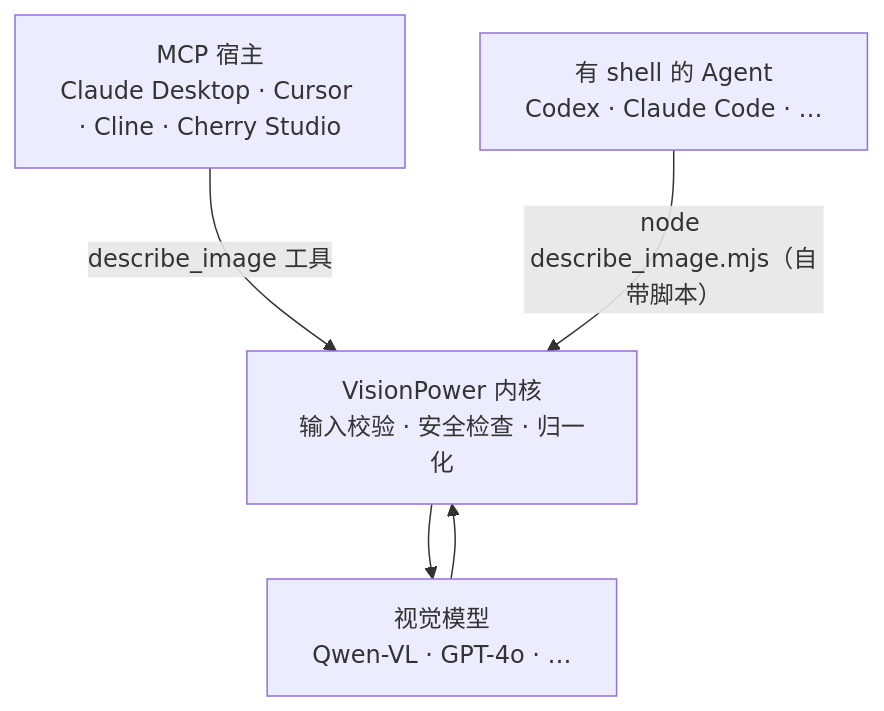
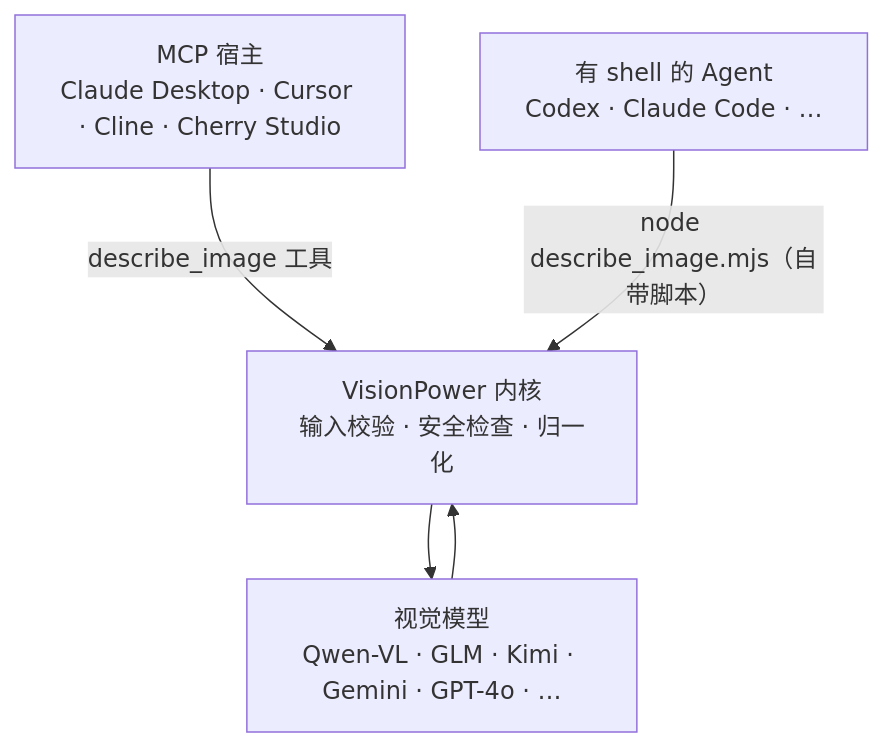
The diagram in README.md (RunhuaHuang/VisionPower), drawn with Mermaid before and after one commit. The commit also changed other lines of this file and 8 other files, not shown here.

````diff
--- a/README.md
+++ b/README.md
@@ -266,10 +267,10 @@
 ```mermaid
 flowchart TB
     M["MCP 宿主<br/>Claude Desktop · Cursor · Cline · Cherry Studio"]
     S["有 shell 的 Agent<br/>Codex · Claude Code · …"]
     M -- "describe_image 工具" --> CORE
     S -- "node describe_image.mjs（自带脚本）" --> CORE
     CORE["VisionPower 内核<br/>输入校验 · 安全检查 · 归一化"]
-    CORE --> API["视觉模型<br/>Qwen-VL · GPT-4o · …"]
+    CORE --> API["视觉模型<br/>Qwen-VL · GLM · Kimi · Gemini · GPT-4o · …"]
     API --> CORE
 ```
````
